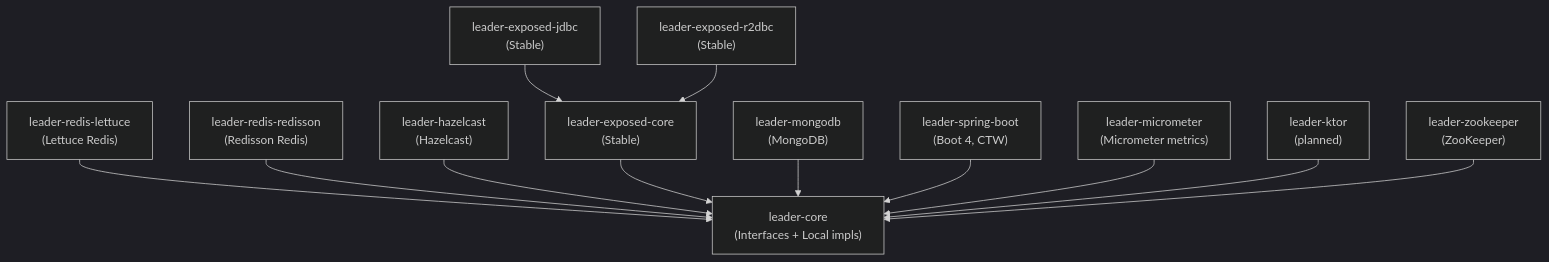
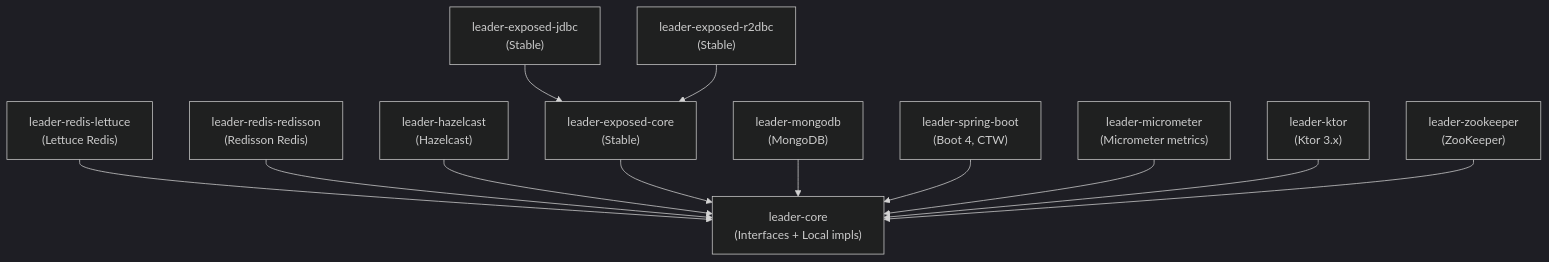
Before and after one commit to bluetape4k/bluetape4k-leader: the first of 3 diagrams in README.md, drawn with Mermaid (dark theme). The commit also changed other lines of this file and 8 other files, not shown here.

First line of the commit message:
docs: 워크스페이스 문서 일괄 최신화 (E1~E5 + leader-ktor + ktor-app 반영) (#167)

````diff
--- a/README.md
+++ b/README.md
@@ -26,27 +27,27 @@
 ```mermaid
 graph TD
     Core["leader-core\n(Interfaces + Local impls)"]
     Lettuce["leader-redis-lettuce\n(Lettuce Redis)"]
     Redisson["leader-redis-redisson\n(Redisson Redis)"]
     Hazelcast["leader-hazelcast\n(Hazelcast)"]
     ExposedCore["leader-exposed-core\n(Stable)"]
     ExposedJdbc["leader-exposed-jdbc\n(Stable)"]
     ExposedR2dbc["leader-exposed-r2dbc\n(Stable)"]
     Mongo["leader-mongodb\n(MongoDB)"]
     SB["leader-spring-boot\n(Boot 4, CTW)"]
     Metrics["leader-micrometer\n(Micrometer metrics)"]
-    Ktor["leader-ktor\n(planned)"]
+    Ktor["leader-ktor\n(Ktor 3.x)"]
     ZK["leader-zookeeper\n(ZooKeeper)"]
 
     Lettuce --> Core
     Redisson --> Core
     Hazelcast --> Core
     ExposedCore --> Core
     ExposedJdbc --> ExposedCore
     ExposedR2dbc --> ExposedCore
     Mongo --> Core
     SB --> Core
     Metrics --> Core
     Ktor --> Core
     ZK --> Core
 ```
````
